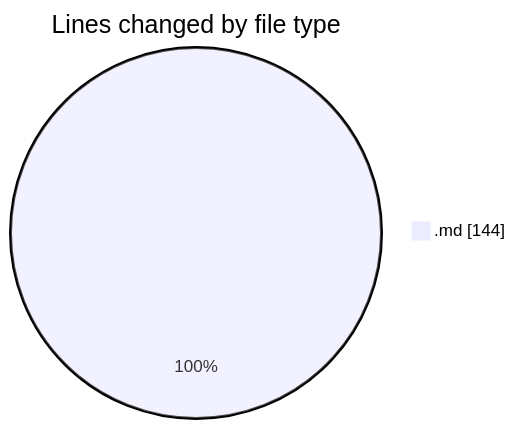
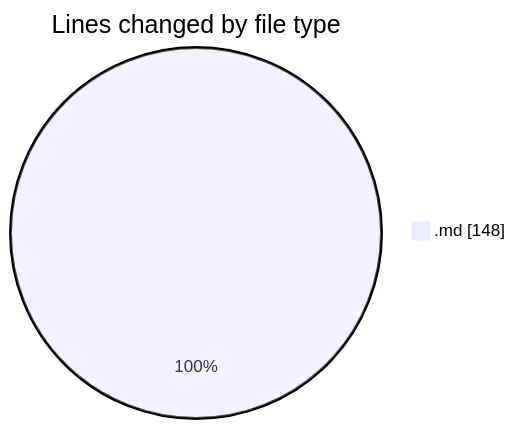
The first of 2 diagrams in 2025-07-11/urlwebwala_intership_work/README.md (Ritupan-Deka/code-tracking), drawn with Mermaid before and after one commit. The commit also changed other lines of this file and 1 other file, not shown here.

````diff
--- a/2025-07-11/urlwebwala_intership_work/README.md
+++ b/2025-07-11/urlwebwala_intership_work/README.md
@@ -20,5 +20,5 @@
 ```mermaid
 pie showData
 title Lines changed by file type
-".md" : 144
+".md" : 148
 ```
````
